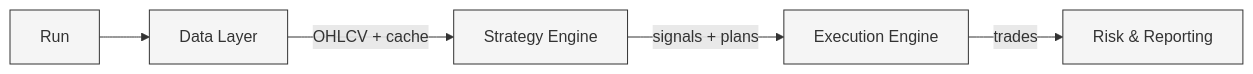
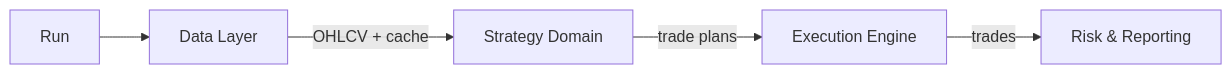
The first of 5 diagrams in readme.md (folg-code/PandasQuantLab), drawn with Mermaid before and after one commit. The commit also changed other lines of this file and 11 other files, not shown here.

````diff
--- a/readme.md
+++ b/readme.md
@@ -17,9 +19,7 @@
 ```mermaid
 flowchart LR
-  A[Run]:::layer --> D[Data Layer]:::layer
-  D -->|OHLCV + cache| S[Strategy Engine]:::layer
-  S -->|signals + plans| E[Execution Engine]:::layer
-  E -->|trades| R[Risk & Reporting]:::layer
-
-  classDef layer fill:#f5f5f5,stroke:#333,stroke-width:1px;
+  A[Run] --> D[Data Layer]
+  D -->|OHLCV + cache| S[Strategy Domain]
+  S -->|trade plans| E[Execution Engine]
+  E -->|trades| R[Risk & Reporting]
 ```
````
